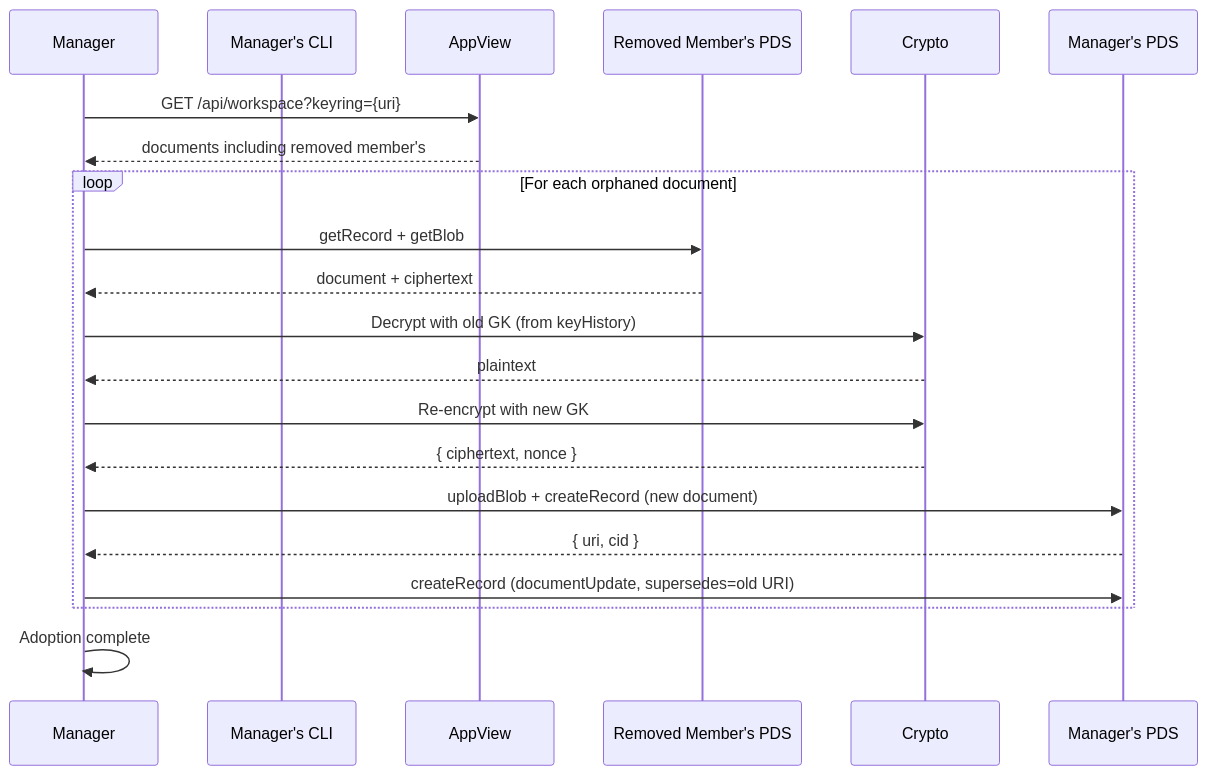
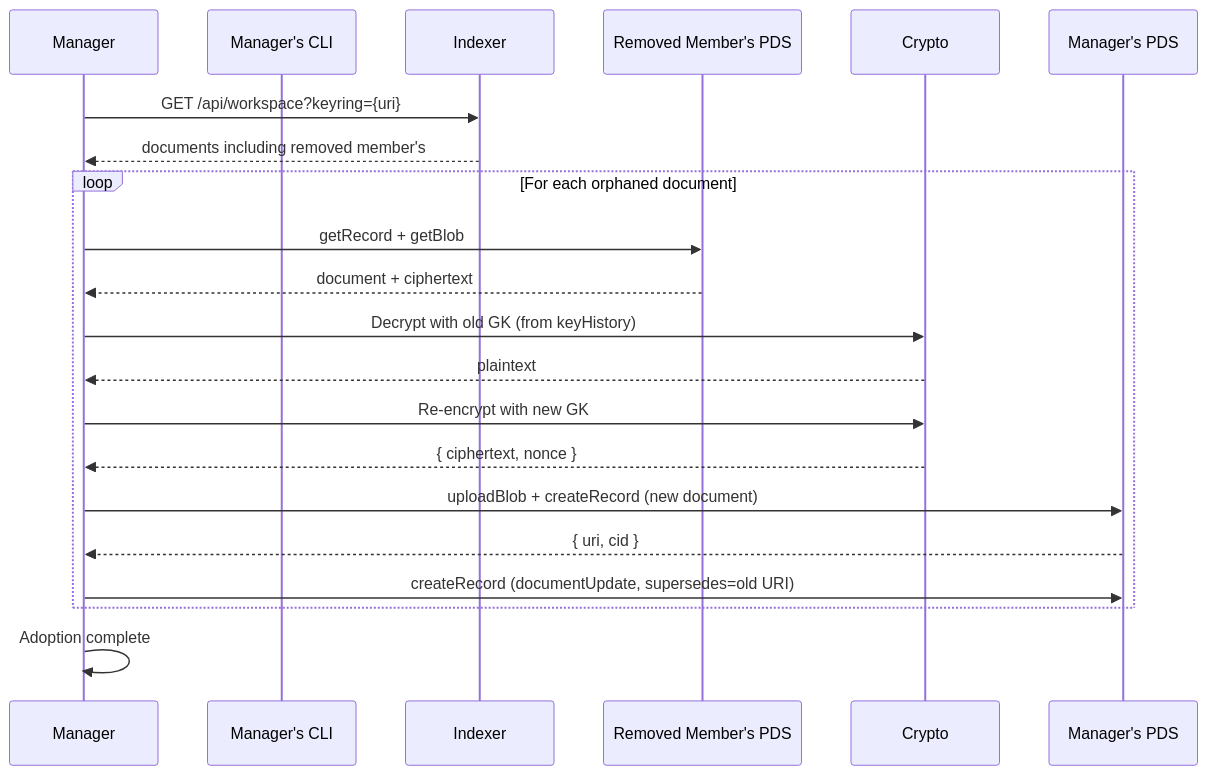
Before and after one commit to Sans-Self/Opake: the third of 4 diagrams in docs/flows/revisions.md, drawn with Mermaid. The commit also changed other lines of this file and 302 other files, not shown here.

````diff
--- a/docs/flows/revisions.md
+++ b/docs/flows/revisions.md
@@ -90,30 +90,30 @@
 ```mermaid
 sequenceDiagram
     participant Manager
     participant CLI as Manager's CLI
-    participant AppView
+    participant Indexer
     participant RemovedPDS as Removed Member's PDS
     participant Crypto
     participant ManagerPDS as Manager's PDS
 
-    Manager->>AppView: GET /api/workspace?keyring={uri}
-    AppView-->>Manager: documents including removed member's
+    Manager->>Indexer: GET /api/workspace?keyring={uri}
+    Indexer-->>Manager: documents including removed member's
 
     loop For each orphaned document
         Manager->>RemovedPDS: getRecord + getBlob
         RemovedPDS-->>Manager: document + ciphertext
 
         Manager->>Crypto: Decrypt with old GK (from keyHistory)
         Crypto-->>Manager: plaintext
 
         Manager->>Crypto: Re-encrypt with new GK
         Crypto-->>Manager: { ciphertext, nonce }
 
         Manager->>ManagerPDS: uploadBlob + createRecord (new document)
         ManagerPDS-->>Manager: { uri, cid }
 
         Manager->>ManagerPDS: createRecord (documentUpdate, supersedes=old URI)
     end
 
     Manager->>Manager: Adoption complete
 ```
````
